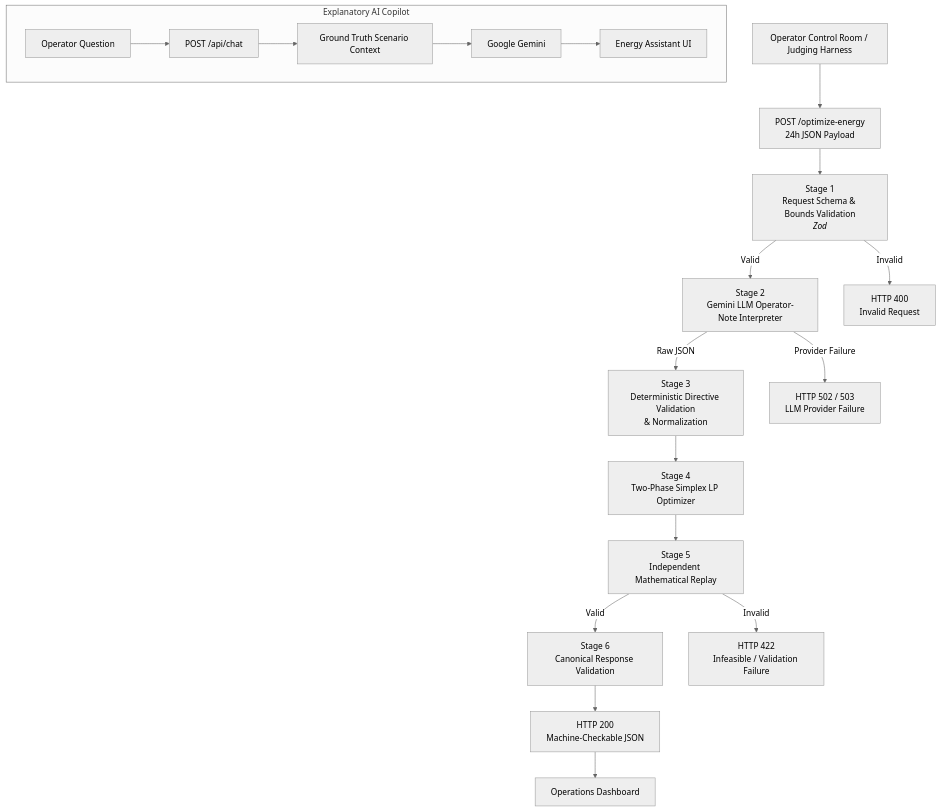
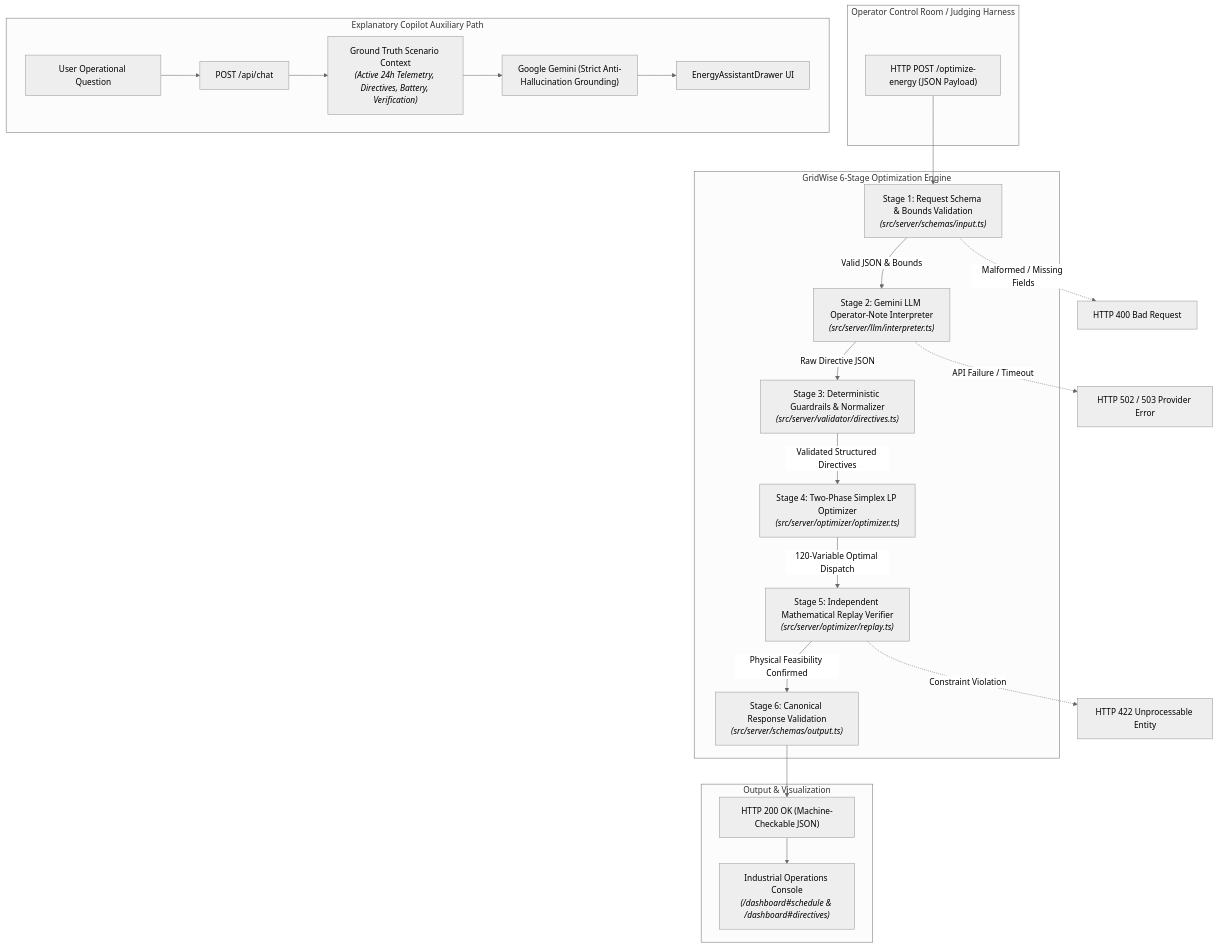
The diagram in README.md (Partha509/BUP_Preli), drawn with Mermaid (neutral theme) before and after one commit. The commit also changed other lines of this file, not shown here.

````diff
--- a/README.md
+++ b/README.md
@@ -239,62 +88,39 @@
 ```mermaid
 flowchart TD
+    subgraph Client["Operator Control Room / Judging Harness"]
+        Req["HTTP POST /optimize-energy (JSON Payload)"]
+    end
 
-    Client["Operator Control Room / Judging Harness"]
+    subgraph Pipeline["GridWise 6-Stage Optimization Engine"]
+        S1["Stage 1: Request Schema & Bounds Validation<br/><i>(src/server/schemas/input.ts)</i>"]
+        S2["Stage 2: Gemini LLM Operator-Note Interpreter<br/><i>(src/server/llm/interpreter.ts)</i>"]
+        S3["Stage 3: Deterministic Guardrails & Normalizer<br/><i>(src/server/validator/directives.ts)</i>"]
+        S4["Stage 4: Two-Phase Simplex LP Optimizer<br/><i>(src/server/optimizer/optimizer.ts)</i>"]
+        S5["Stage 5: Independent Mathematical Replay Verifier<br/><i>(src/server/optimizer/replay.ts)</i>"]
+        S6["Stage 6: Canonical Response Validation<br/><i>(src/server/schemas/output.ts)</i>"]
+    end
 
-    Request["POST /optimize-energy<br/>24h JSON Payload"]
+    subgraph ClientOut["Output & Visualization"]
+        Resp["HTTP 200 OK (Machine-Checkable JSON)"]
+        Dash["Industrial Operations Console<br/><i>(/dashboard#schedule & /dashboard#directives)</i>"]
+    end
 
-    Schema["Stage 1<br/>Request Schema & Bounds Validation<br/><i>Zod</i>"]
+    subgraph CopilotPath["Explanatory Copilot Auxiliary Path"]
+        Query["User Operational Question"] --> ChatAPI["POST /api/chat"]
+        ChatAPI --> Ctx["Ground Truth Scenario Context<br/><i>(Active 24h Telemetry, Directives, Battery, Verification)</i>"]
+        Ctx --> GeminiChat["Google Gemini (Strict Anti-Hallucination Grounding)"]
+        GeminiChat --> Drawer["EnergyAssistantDrawer UI"]
+    end
 
-    LLM["Stage 2<br/>Gemini LLM Operator-Note Interpreter"]
-
-    Guard["Stage 3<br/>Deterministic Directive Validation<br/>& Normalization"]
-
-    Solver["Stage 4<br/>Two-Phase Simplex LP Optimizer"]
-
-    Replay["Stage 5<br/>Independent Mathematical Replay"]
-
-    Output["Stage 6<br/>Canonical Response Validation"]
-
-    Response["HTTP 200<br/>Machine-Checkable JSON"]
-
-    Dashboard["Operations Dashboard"]
-
-    Error400["HTTP 400<br/>Invalid Request"]
-
-    Error422["HTTP 422<br/>Infeasible / Validation Failure"]
-
-    Error502["HTTP 502 / 503<br/>LLM Provider Failure"]
-
-    Client --> Request
-    Request --> Schema
-
-    Schema -->|Valid| LLM
-    Schema -->|Invalid| Error400
-
-    LLM -->|Raw JSON| Guard
-    LLM -->|Provider Failure| Error502
-
-    Guard --> Solver
-
-    Solver --> Replay
-
-    Replay -->|Valid| Output
-    Replay -->|Invalid| Error422
-
-    Output --> Response
-    Response --> Dashboard
-
-
-    subgraph Copilot["Explanatory AI Copilot"]
-        Question["Operator Question"]
-        ChatAPI["POST /api/chat"]
-        Context["Ground Truth Scenario Context"]
-        GeminiChat["Google Gemini"]
-        Assistant["Energy Assistant UI"]
-
-        Question --> ChatAPI
-        ChatAPI --> Context
-        Context --> GeminiChat
-        GeminiChat --> Assistant
-    end
+    Req --> S1
+    S1 -->|Valid JSON & Bounds| S2
+    S1 -.->|Malformed / Missing Fields| Err400["HTTP 400 Bad Request"]
+    S2 -->|Raw Directive JSON| S3
+    S2 -.->|API Failure / Timeout| Err502["HTTP 502 / 503 Provider Error"]
+    S3 -->|Validated Structured Directives| S4
+    S4 -->|120-Variable Optimal Dispatch| S5
+    S5 -->|Physical Feasibility Confirmed| S6
+    S5 -.->|Constraint Violation| Err422["HTTP 422 Unprocessable Entity"]
+    S6 --> Resp
+    Resp --> Dash
 ```
````
